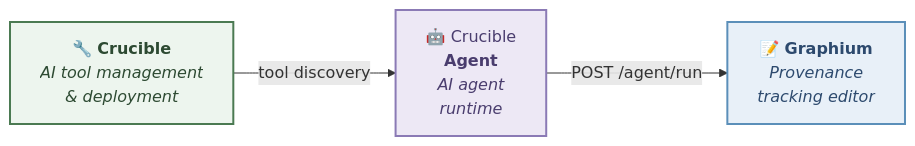
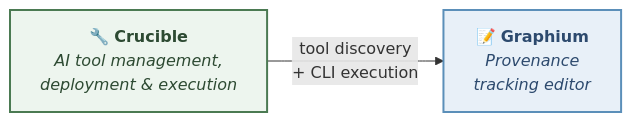
The second of 2 diagrams in README.md (kumagallium/Crucible), drawn with Mermaid before and after one commit. The commit also changed other lines of this file and 5 other files, not shown here.

First line of the commit message:
[feat] Add CLI execution engine (POST /api/cli/run)

````diff
--- a/README.md
+++ b/README.md
@@ -228,13 +229,10 @@
 ```mermaid
 graph LR
-    Registry["🔧 <b>Crucible</b><br/><i>AI tool management<br/>& deployment</i>"]
-    Agent["🤖 Crucible<br/><b>Agent</b><br/><i>AI agent<br/>runtime</i>"]
+    Registry["🔧 <b>Crucible</b><br/><i>AI tool management,<br/>deployment & execution</i>"]
     Graphium["📝 <b>Graphium</b><br/><i>Provenance<br/>tracking editor</i>"]
 
-    Registry -- "tool discovery" --> Agent
-    Agent -- "POST /agent/run" --> Graphium
+    Registry -- "tool discovery<br/>+ CLI execution" --> Graphium
 
     style Registry fill:#edf5ee,stroke:#4B7A52,stroke-width:2px,color:#2d4a32
-    style Agent fill:#ede8f5,stroke:#8b7ab5,stroke-width:2px,color:#4a3d6e
     style Graphium fill:#e8f0f8,stroke:#5b8fb9,stroke-width:2px,color:#2d4a6e
 ```
````
